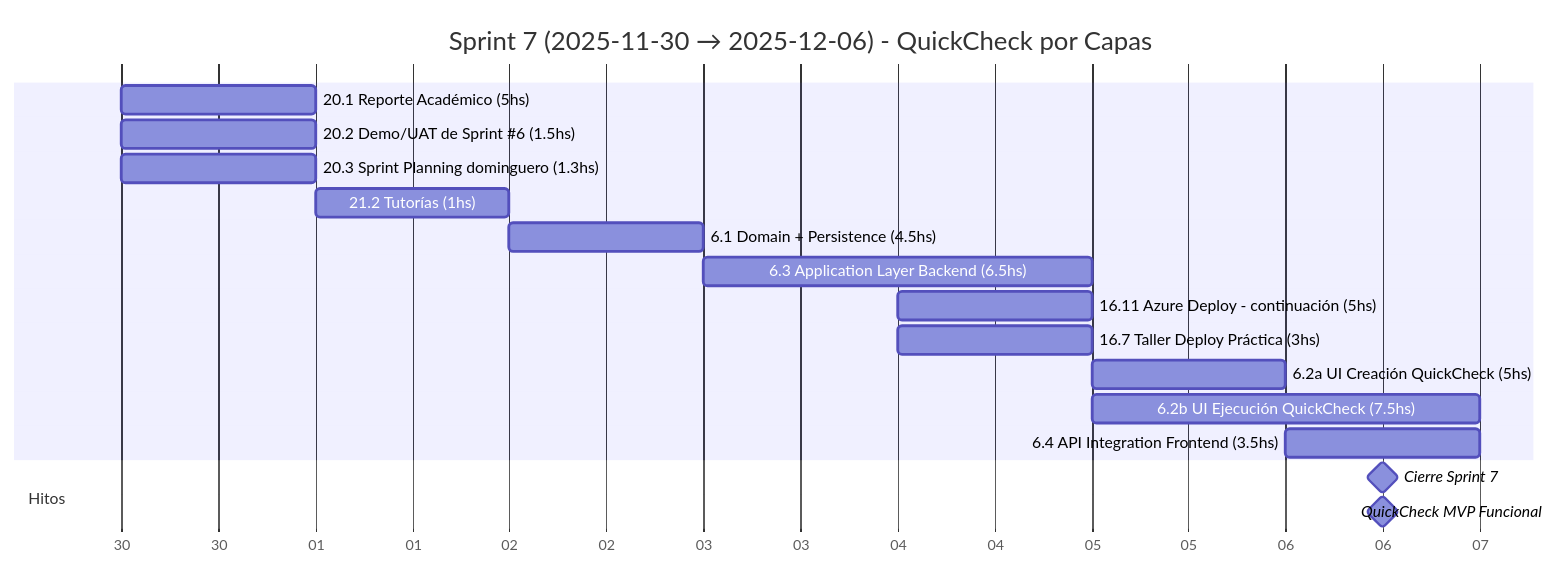
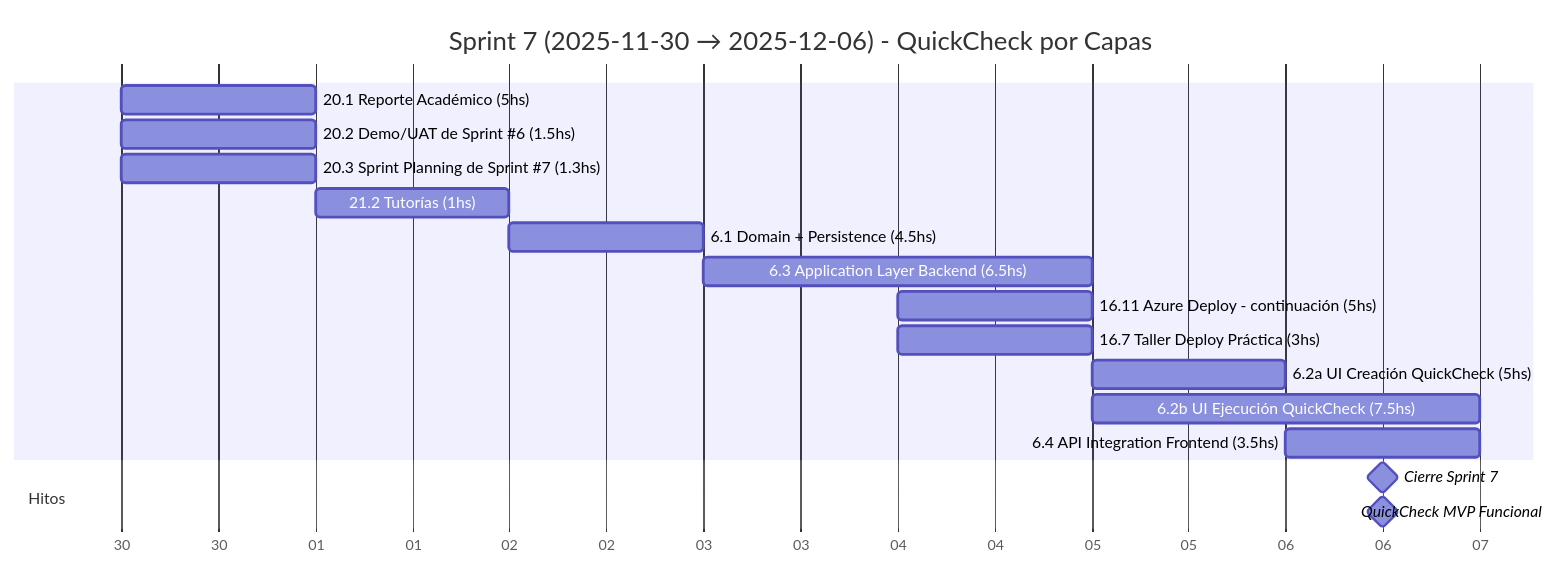
The eighth of 19 diagrams in docs/SprintsGantts.md (MarkMed/FleetMan), drawn with Mermaid before and after one commit. The commit also changed other lines of this file and 2 other files, not shown here.

Commit message:
feat: Update Sprint Planning references to include specific sprint numbers

````diff
--- a/docs/SprintsGantts.md
+++ b/docs/SprintsGantts.md
@@ -217,24 +217,24 @@
 ```mermaid
 gantt
   title Sprint 7 (2025-11-30 → 2025-12-06) - QuickCheck por Capas
   dateFormat  YYYY-MM-DD
   axisFormat  %d
 
   %% Asumimos 5 h/día. Horas estimadas incluidas en el nombre.
 
   20.1 Reporte Académico (5hs)                  :t201, 2025-11-30, 1d
   20.2 Demo/UAT de Sprint #6 (1.5hs)            :t202, 2025-11-30, 1d
-  20.3 Sprint Planning dominguero (1.3hs)       :t203, 2025-11-30, 1d
+  20.3 Sprint Planning de Sprint #7 (1.3hs)       :t203, 2025-11-30, 1d
   21.2 Tutorías (1hs)                           :t212, 2025-12-01, 1d
   6.1 Domain + Persistence (4.5hs)              :t61, 2025-12-02, 1d
   6.3 Application Layer Backend (6.5hs)         :t63, after t61, 2d
   16.11 Azure Deploy - continuación (5hs)       :t1611, 2025-12-04, 1d
   16.7 Taller Deploy Práctica (3hs)             :t167, 2025-12-04, 1d
   6.2a UI Creación QuickCheck (5hs)             :t62a, after t63, 1d
   6.2b UI Ejecución QuickCheck (7.5hs)          :t62b, after t63, 2d
   6.4 API Integration Frontend (3.5hs)          :t64, 2025-12-06, 1d
 
   section Hitos
   Cierre Sprint 7                               :milestone, s7, 2025-12-06, 1d
   QuickCheck MVP Funcional                      :milestone, qc, 2025-12-06, 1d
 ```
````
